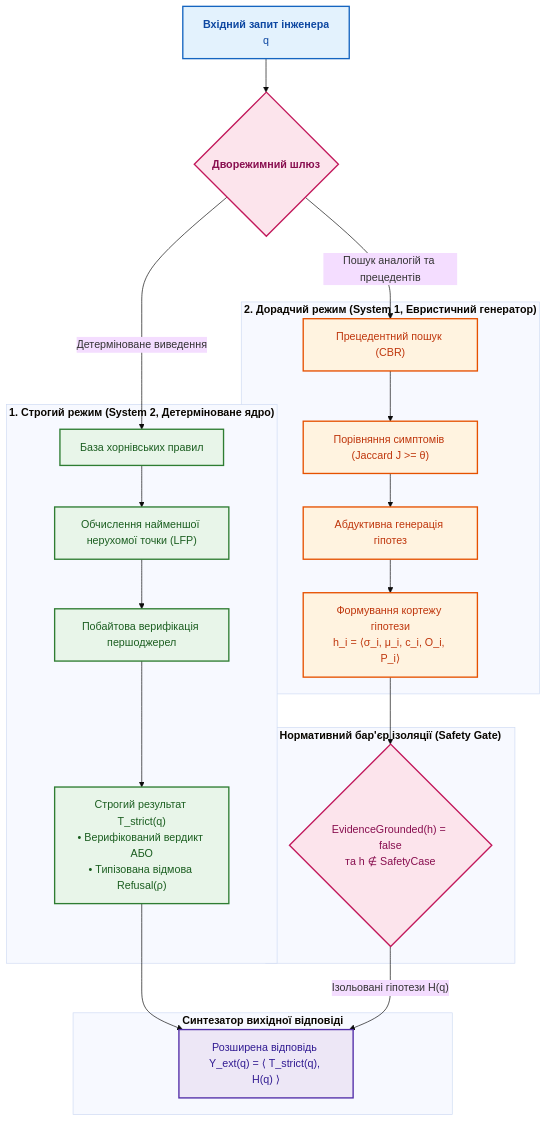
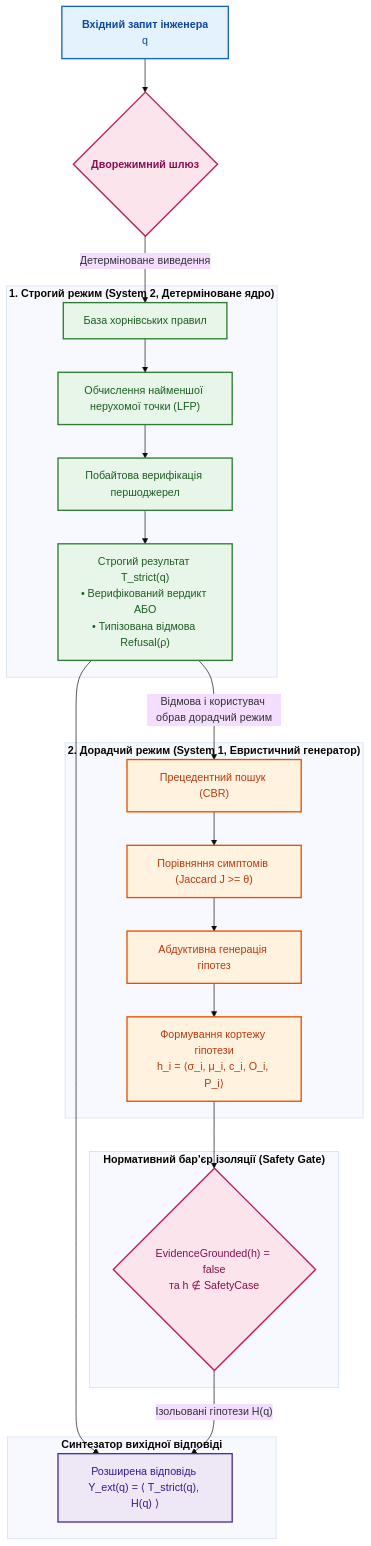
The first of 7 diagrams in ExpertSystem/ch28-dual-mode-expert-systems.md (nick-fedchik/articles), drawn with Mermaid (base theme) before and after one commit. The commit also changed other lines of this file and 7 other files, not shown here.

````diff
--- a/ExpertSystem/ch28-dual-mode-expert-systems.md
+++ b/ExpertSystem/ch28-dual-mode-expert-systems.md
@@ -68,51 +82,51 @@
 ```mermaid
 flowchart TD
     accTitle: Архітектурна дихотомія строгого та дорадчого режимів виведення
     accDescr: Дворежимна архітектура, де строге ядро формує детерміновану відповідь, а дорадчий модуль генерує ізольовані гіпотези.
 
     Q["<b>Вхідний запит інженера</b><br/>q"] --> DUAL_GW{"<b>Дворежимний шлюз</b>"}
 
     subgraph StrictEngine["<b>1. Строгий режим (System 2, Детерміноване ядро)</b>"]
         S_RULES["База хорнівських правил"]
         S_LFP["Обчислення найменшої нерухомої точки (LFP)"]
         S_VERIFY["Побайтова верифікація першоджерел"]
         S_OUT["Строгий результат T_strict(q)<br/>• Верифікований вердикт АБО<br/>• Типізована відмова Refusal(ρ)"]
         S_RULES --> S_LFP --> S_VERIFY --> S_OUT
     end
 
     subgraph AdvisoryEngine["<b>2. Дорадчий режим (System 1, Евристичний генератор)</b>"]
         A_CBR["Прецедентний пошук (CBR)"]
         A_JACC["Порівняння симптомів (Jaccard J >= θ)"]
         A_ABDUC["Абдуктивна генерація гіпотез"]
         A_TUPLE["Формування кортежу гіпотези<br/>h_i = ⟨σ_i, μ_i, c_i, O_i, P_i⟩"]
         A_CBR --> A_JACC --> A_ABDUC --> A_TUPLE
     end
 
     DUAL_GW -->|"Детерміноване виведення"| S_RULES
-    DUAL_GW -->|"Пошук аналогій та прецедентів"| A_CBR
+    S_OUT -->|"Відмова і користувач обрав дорадчий режим"| A_CBR
 
     subgraph SafetyGate["<b>Нормативний бар'єр ізоляції (Safety Gate)</b>"]
         SG_CHECK{"EvidenceGrounded(h) = false<br/>та h ∉ SafetyCase"}
     end
 
     A_TUPLE --> SG_CHECK
 
     subgraph ResponseLayer["<b>Синтезатор вихідної відповіді</b>"]
         Y_OUT["Розширена відповідь Y_ext(q) = ⟨ T_strict(q), H(q) ⟩"]
     end
 
     S_OUT --> Y_OUT
     SG_CHECK -->|"Ізольовані гіпотези H(q)"| Y_OUT
 
     classDef query fill:#e3f2fd,stroke:#1565c0,stroke-width:2px,color:#0d47a1;
     classDef strict fill:#e8f5e9,stroke:#2e7d32,stroke-width:2px,color:#1b5e20;
     classDef advisory fill:#fff3e0,stroke:#e65100,stroke-width:2px,color:#bf360c;
     classDef gate fill:#fce4ec,stroke:#c2185b,stroke-width:2px,color:#880e4f;
     classDef resp fill:#ede7f6,stroke:#512da8,stroke-width:2px,color:#311b92;
 
     class Q query;
     class S_RULES,S_LFP,S_VERIFY,S_OUT strict;
     class A_CBR,A_JACC,A_ABDUC,A_TUPLE advisory;
     class DUAL_GW,SG_CHECK gate;
     class Y_OUT resp;
 ```
````
